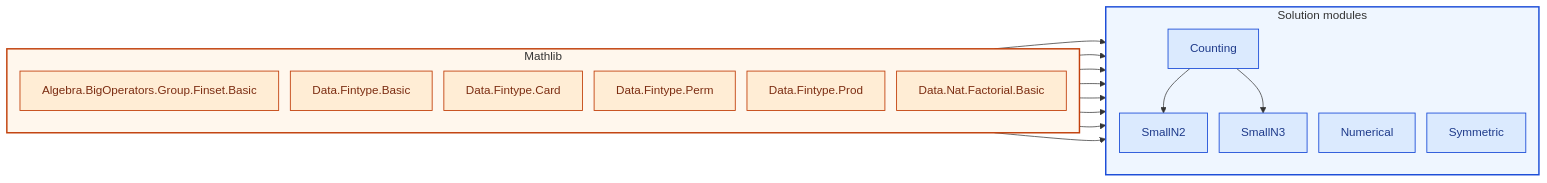
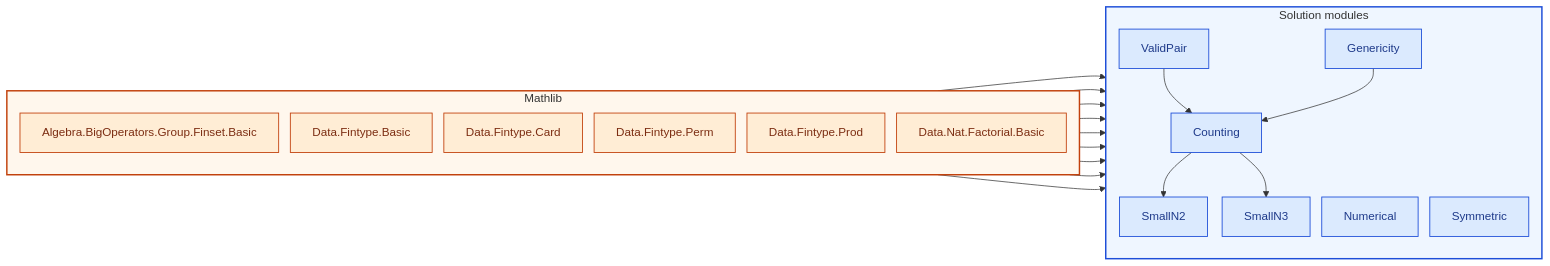
Before and after one commit to catskillsresearch/fabbro: the diagram in courses/21-228.md, drawn with Mermaid. The commit also changed other lines of this file and 89 other files, not shown here.

````diff
--- a/courses/21-228.md
+++ b/courses/21-228.md
@@ -23,38 +24,43 @@
 ```mermaid
 %%{init: {"flowchart": {"htmlLabels": false, "nodeSpacing": 16, "rankSpacing": 36}}}%%
 flowchart LR
   classDef course fill:#dbeafe,stroke:#1d4ed8,color:#1e3a8a,stroke-width:1.2px
   classDef mathlib fill:#ffedd5,stroke:#c2410c,color:#7c2d12,stroke-width:1.2px
 
   subgraph ML["Mathlib"]
     direction TB
     style ML fill:#fff7ed,stroke:#c2410c,stroke-width:2px
     LAlgebraBigOperatorsGroupFinsetBasic["Algebra.BigOperators.Group.Finset.Basic"]:::mathlib
     LDataFintypeBasic["Data.Fintype.Basic"]:::mathlib
     LDataFintypeCard["Data.Fintype.Card"]:::mathlib
     LDataFintypePerm["Data.Fintype.Perm"]:::mathlib
     LDataFintypeProd["Data.Fintype.Prod"]:::mathlib
     LDataNatFactorialBasic["Data.Nat.Factorial.Basic"]:::mathlib
   end
 
   subgraph SOL["Solution modules"]
     direction TB
     style SOL fill:#eff6ff,stroke:#1d4ed8,stroke-width:2px
     MCounting["Counting"]:::course
+    MGenericity["Genericity"]:::course
     MNumerical["Numerical"]:::course
     MSmallN2["SmallN2"]:::course
     MSmallN3["SmallN3"]:::course
     MSymmetric["Symmetric"]:::course
+    MValidPair["ValidPair"]:::course
   end
 
   LAlgebraBigOperatorsGroupFinsetBasic --> MCounting
+  LDataFintypeProd --> MCounting
   LDataFintypeCard --> MCounting
-  LDataFintypePerm --> MCounting
-  LDataFintypeProd --> MCounting
   LDataFintypeBasic --> MCounting
+  MValidPair --> MCounting
+  MGenericity --> MCounting
+  LDataFintypePerm --> MGenericity
   LDataNatFactorialBasic --> MNumerical
   MCounting --> MSmallN2
   MCounting --> MSmallN3
   LAlgebraBigOperatorsGroupFinsetBasic --> MSymmetric
   LDataFintypePerm --> MSymmetric
+  LDataFintypePerm --> MValidPair
 ```
````
